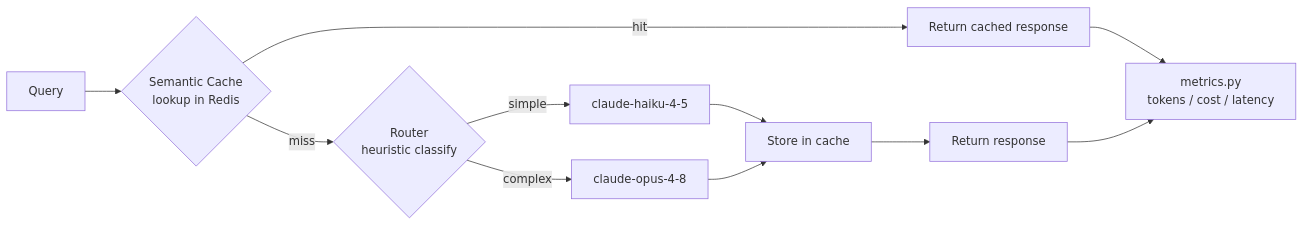
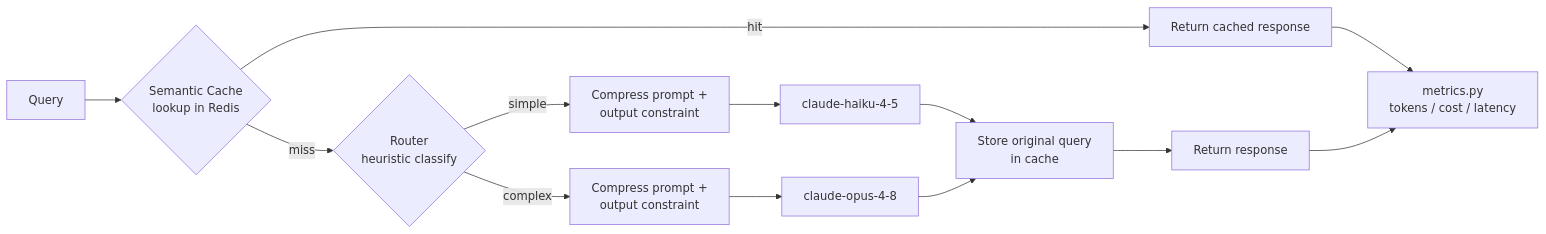
One commit to sankets25/token-optimizer changed the diagram in README.md. Above: the diagram before and after it, drawn with Mermaid. The commit also changed other lines of this file and 8 other files, not shown here.

First line of the commit message:
Add prompt compression and output-constraint levers to OptimizedPipeline

````diff
--- a/README.md
+++ b/README.md
@@ -20,13 +29,15 @@
 ```mermaid
 flowchart LR
     Q[Query] --> C{Semantic Cache<br/>lookup in Redis}
     C -- hit --> R1[Return cached response]
     C -- miss --> RT{Router<br/>heuristic classify}
-    RT -- simple --> M1[claude-haiku-4-5]
-    RT -- complex --> M2[claude-opus-4-8]
-    M1 --> S[Store in cache]
+    RT -- simple --> P1[Compress prompt +<br/>output constraint]
+    RT -- complex --> P2[Compress prompt +<br/>output constraint]
+    P1 --> M1[claude-haiku-4-5]
+    P2 --> M2[claude-opus-4-8]
+    M1 --> S[Store original query<br/>in cache]
     M2 --> S
     S --> R2[Return response]
     R1 --> L[metrics.py<br/>tokens / cost / latency]
     R2 --> L
 ```
````
